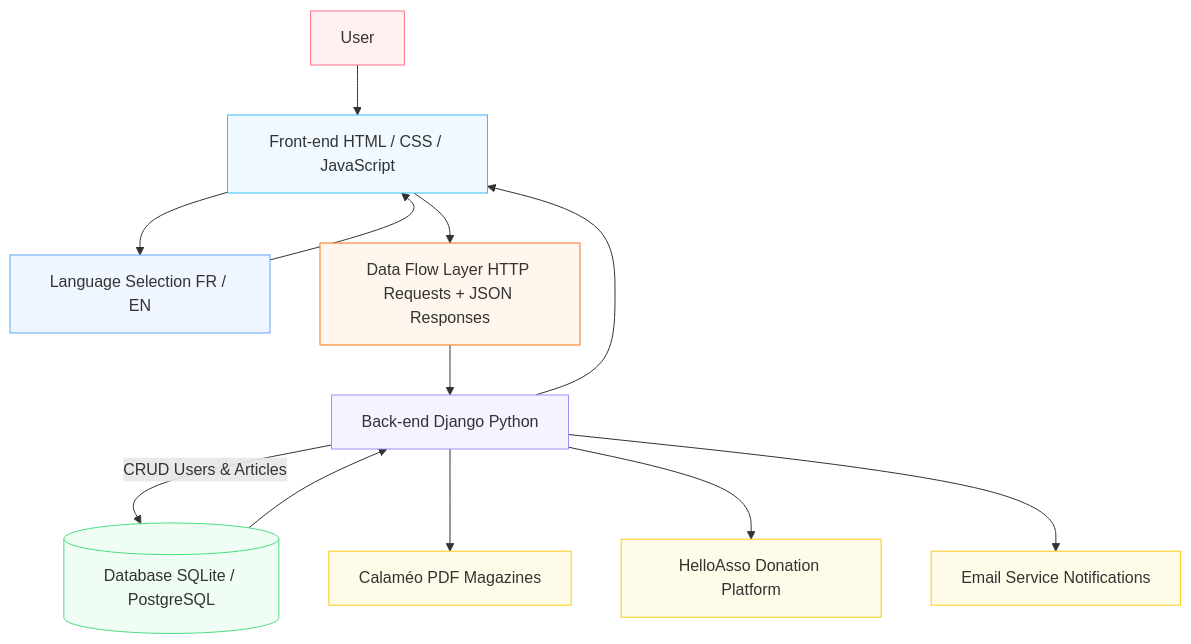
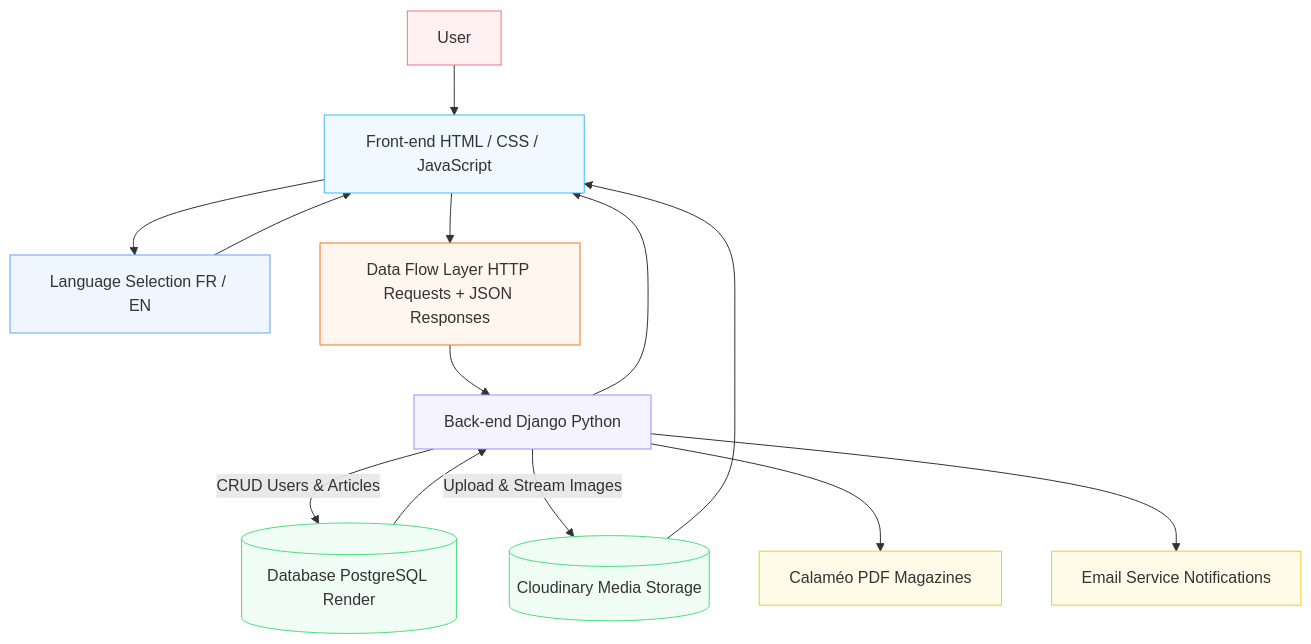
Before and after one commit to Gigi-Corlay/portfolioLionessMagazine: the first of 4 diagrams in README.md, drawn with Mermaid. The commit also changed other lines of this file, not shown here.

First line of the commit message:
Revise README for clarity and remove donation info

````diff
--- a/README.md
+++ b/README.md
@@ -37,52 +35,43 @@
 ```mermaid
 flowchart TD
+    U[User]
+    FE[Front-end HTML / CSS / JavaScript]
+    LANG[Language Selection FR / EN]
+    BE[Back-end Django Python]
+    DB[(Database PostgreSQL Render)]
+    CLOUDINARY[(Cloudinary Media Storage)]
+    CAL[Calaméo PDF Magazines]
+    EMAIL[Email Service Notifications]
+    DF[Data Flow Layer HTTP Requests + JSON Responses]
 
-U[User]
+    U --> FE
+    FE --> LANG
+    LANG --> FE
+    FE --> DF
+    DF --> BE
+    BE -->|CRUD Users & Articles| DB
+    DB --> BE
+    BE -->|Upload & Stream Images| CLOUDINARY
+    CLOUDINARY --> FE
+    BE --> FE
+    BE --> CAL
+    BE --> EMAIL
 
-FE[Front-end HTML / CSS / JavaScript]
-LANG[Language Selection FR / EN]
+    classDef userNode stroke:#fb7185,fill:#fff1f2
+    classDef frontendNode stroke:#38bdf8,fill:#f0f9ff
+    classDef backendNode stroke:#a78bfa,fill:#f5f3ff
+    classDef databaseNode stroke:#4ade80,fill:#f0fdf4
+    classDef externalNode stroke:#facc15,fill:#fefce8
+    classDef dataflowNode stroke:#f97316,fill:#fff7ed
+    classDef languageNode stroke:#60a5fa,fill:#eff6ff
 
-BE[Back-end Django Python]
-DB[(Database SQLite / PostgreSQL)]
-
-CAL[Calaméo PDF Magazines]
-HELLOASSO[HelloAsso Donation Platform]
-EMAIL[Email Service Notifications]
-
-DF[Data Flow Layer HTTP Requests + JSON Responses]
-
-U --> FE
-
-FE --> LANG
-LANG --> FE
-
-FE --> DF
-DF --> BE
-
-BE -->|CRUD Users & Articles| DB
-DB --> BE
-
-BE --> FE
-
-BE --> CAL
-BE --> HELLOASSO
-BE --> EMAIL
-
-classDef userNode stroke:#fb7185,fill:#fff1f2
-classDef frontendNode stroke:#38bdf8,fill:#f0f9ff
-classDef backendNode stroke:#a78bfa,fill:#f5f3ff
-classDef databaseNode stroke:#4ade80,fill:#f0fdf4
-classDef externalNode stroke:#facc15,fill:#fefce8
-classDef dataflowNode stroke:#f97316,fill:#fff7ed
-classDef languageNode stroke:#60a5fa,fill:#eff6ff
-
-class U userNode
-class FE frontendNode
-class BE backendNode
-class DB databaseNode
-class CAL externalNode
-class HELLOASSO externalNode
-class EMAIL externalNode
-class DF dataflowNode
-class LANG languageNode
+    class U userNode
+    class FE frontendNode
+    class BE backendNode
+    class DB databaseNode
+    class CLOUDINARY databaseNode
+    class CAL externalNode
+    class EMAIL externalNode
+    class DF dataflowNode
+    class LANG languageNode
 ```
````
